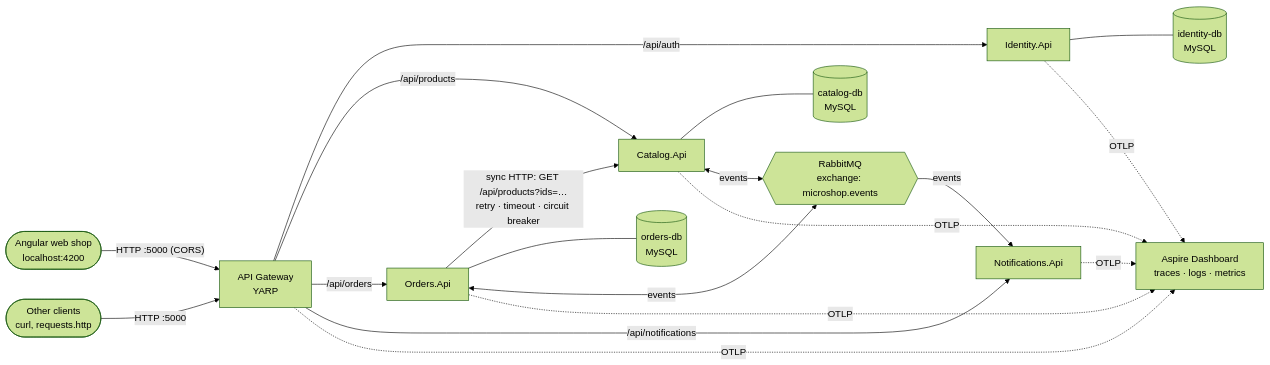
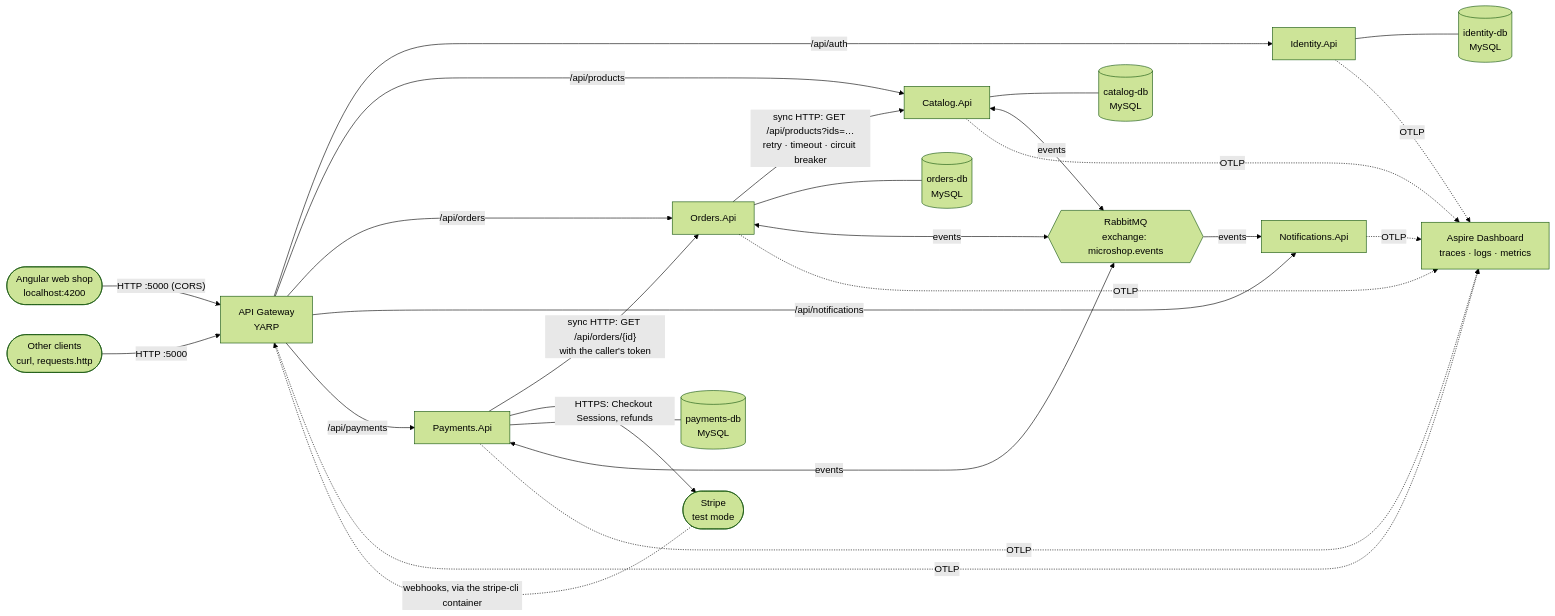
The first of 3 diagrams in README.md (MayurPol1/microservices-learning), drawn with Mermaid (forest theme) before and after one commit. The commit also changed other lines of this file and 1 other file, not shown here.

First line of the commit message:
docs: Stripe payments in the READMEs

````diff
--- a/README.md
+++ b/README.md
@@ -36,26 +36,33 @@
 ```mermaid
 flowchart LR
     web([Angular web shop<br/>localhost:4200]) -->|"HTTP :5000 (CORS)"| gw[API Gateway<br/>YARP]
     client([Other clients<br/>curl, requests.http]) -->|HTTP :5000| gw
 
     gw -->|/api/auth| id[Identity.Api]
     gw -->|/api/products| cat[Catalog.Api]
     gw -->|/api/orders| ord[Orders.Api]
     gw -->|/api/notifications| notif[Notifications.Api]
+    gw -->|/api/payments| pay[Payments.Api]
 
     ord -->|"sync HTTP: GET /api/products?ids=…<br/>retry · timeout · circuit breaker"| cat
+    pay -->|"sync HTTP: GET /api/orders/{id}<br/>with the caller's token"| ord
+    pay -->|"HTTPS: Checkout Sessions, refunds"| stripe([Stripe<br/>test mode])
+    stripe -.->|"webhooks, via the stripe-cli container"| gw
 
     id --- iddb[(identity-db<br/>MySQL)]
     cat --- catdb[(catalog-db<br/>MySQL)]
     ord --- orddb[(orders-db<br/>MySQL)]
+    pay --- paydb[(payments-db<br/>MySQL)]
 
     ord <-->|events| mq{{RabbitMQ<br/>exchange: microshop.events}}
     cat <-->|events| mq
+    pay <-->|events| mq
     mq -->|events| notif
 
     gw -. OTLP .-> dash[Aspire Dashboard<br/>traces · logs · metrics]
     id -. OTLP .-> dash
     cat -. OTLP .-> dash
     ord -. OTLP .-> dash
     notif -. OTLP .-> dash
+    pay -. OTLP .-> dash
 ```
````
